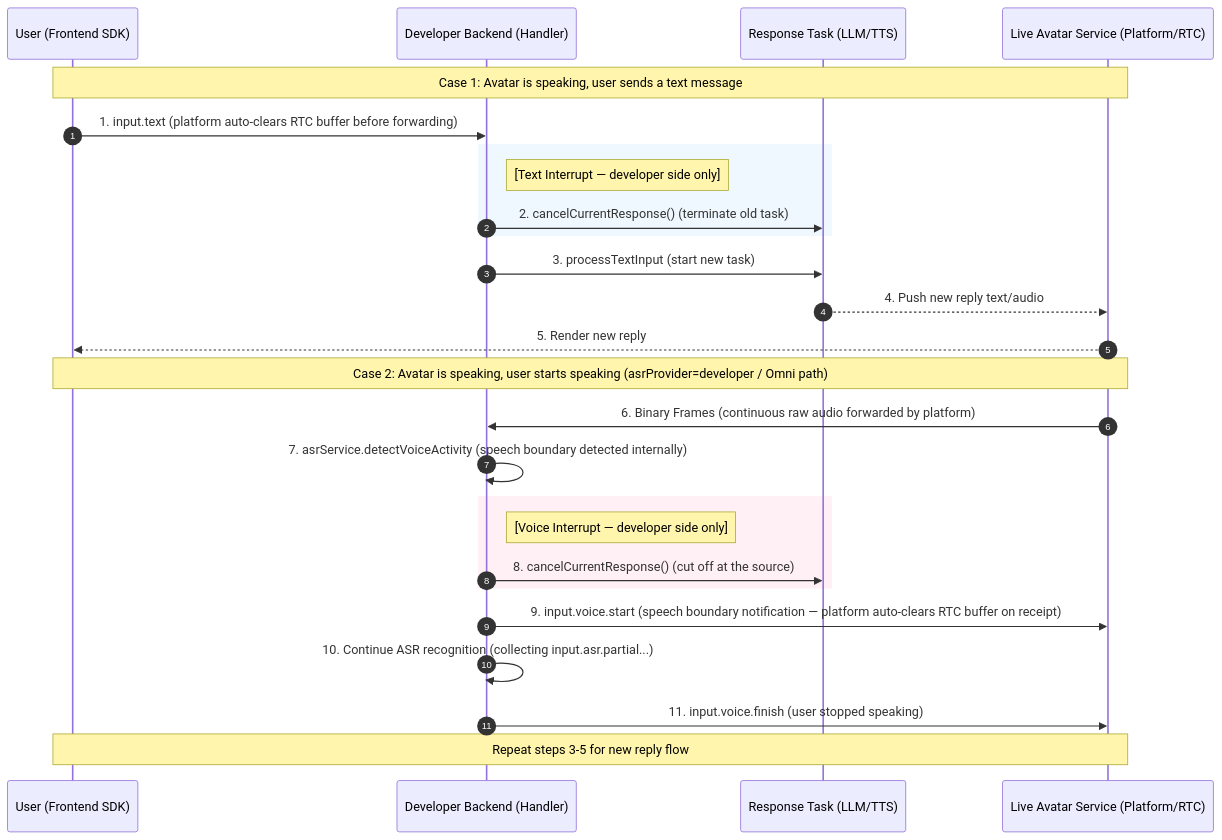
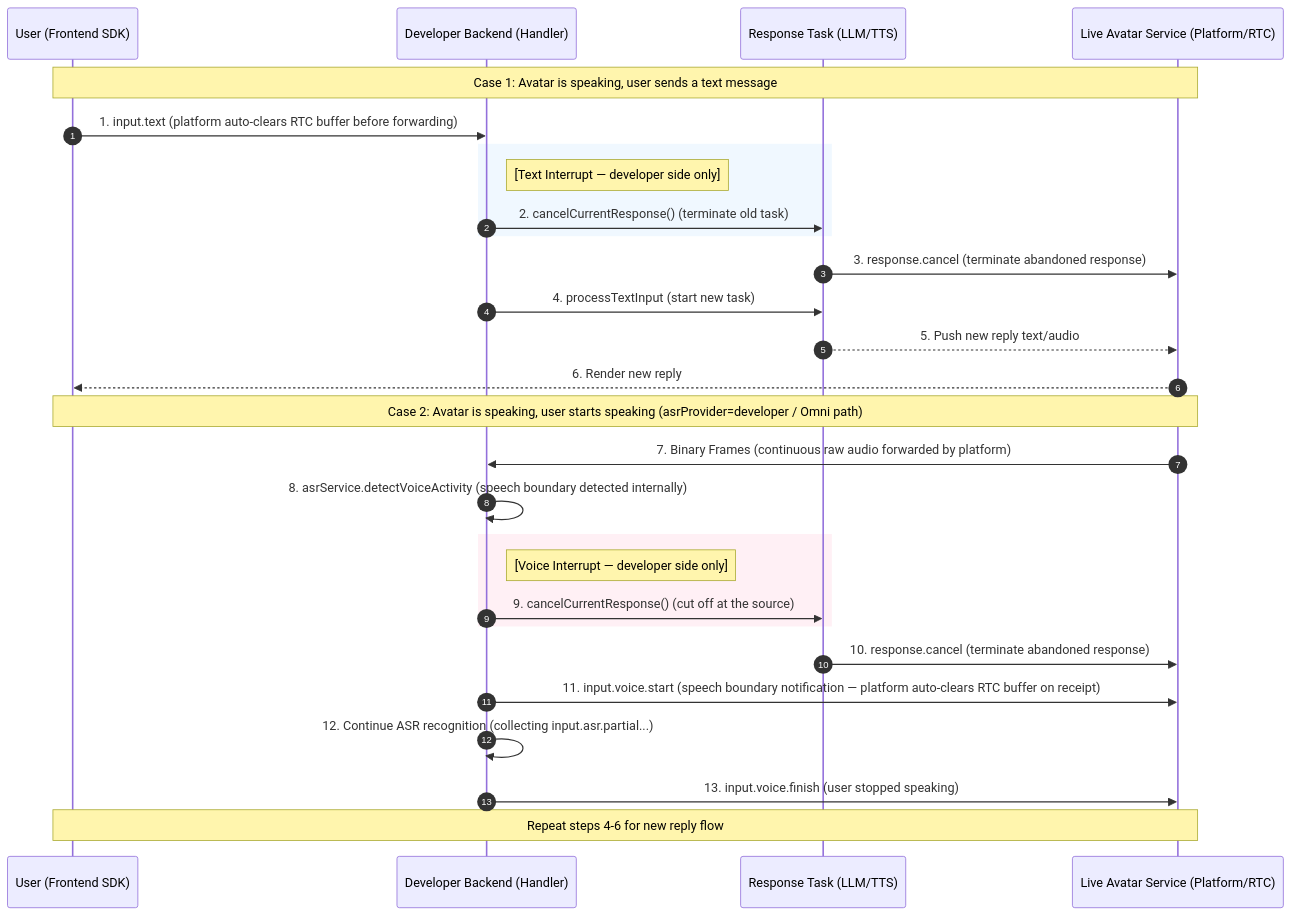
The second of 2 diagrams in PROTOCOL.md (newportAI-lab/liveavatar-channel-python), drawn with Mermaid before and after one commit. The commit also changed other lines of this file and 3 other files, not shown here.

````diff
--- a/PROTOCOL.md
+++ b/PROTOCOL.md
@@ -408,35 +408,37 @@
 ```mermaid
 sequenceDiagram
     autonumber
     participant User as User (Frontend SDK)
     participant AppServer as Developer Backend (Handler)
     participant Task as Response Task (LLM/TTS)
     participant Avatar as Live Avatar Service (Platform/RTC)
 
     Note over User, Avatar: Case 1: Avatar is speaking, user sends a text message
     User->>AppServer: 1. input.text (platform auto-clears RTC buffer before forwarding)
 
     rect rgb(240, 248, 255)
         Note right of AppServer: [Text Interrupt — developer side only]
         AppServer->>Task: 2. cancelCurrentResponse() (terminate old task)
     end
+    Task->>Avatar: 3. response.cancel (terminate abandoned response)
 
-    AppServer->>Task: 3. processTextInput (start new task)
-    Task-->>Avatar: 4. Push new reply text/audio
-    Avatar-->>User: 5. Render new reply
+    AppServer->>Task: 4. processTextInput (start new task)
+    Task-->>Avatar: 5. Push new reply text/audio
+    Avatar-->>User: 6. Render new reply
 
     Note over User, Avatar: Case 2: Avatar is speaking, user starts speaking (asrProvider=developer / Omni path)
-    Avatar->>AppServer: 6. Binary Frames (continuous raw audio forwarded by platform)
+    Avatar->>AppServer: 7. Binary Frames (continuous raw audio forwarded by platform)
 
-    AppServer->>AppServer: 7. asrService.detectVoiceActivity (speech boundary detected internally)
+    AppServer->>AppServer: 8. asrService.detectVoiceActivity (speech boundary detected internally)
 
     rect rgb(255, 240, 245)
         Note right of AppServer: [Voice Interrupt — developer side only]
-        AppServer->>Task: 8. cancelCurrentResponse() (cut off at the source)
+        AppServer->>Task: 9. cancelCurrentResponse() (cut off at the source)
     end
+    Task->>Avatar: 10. response.cancel (terminate abandoned response)
 
-    AppServer->>Avatar: 9. input.voice.start (speech boundary notification — platform auto-clears RTC buffer on receipt)
-    AppServer->>AppServer: 10. Continue ASR recognition (collecting input.asr.partial...)
-    AppServer->>Avatar: 11. input.voice.finish (user stopped speaking)
-    Note over User, Avatar: Repeat steps 3-5 for new reply flow
+    AppServer->>Avatar: 11. input.voice.start (speech boundary notification — platform auto-clears RTC buffer on receipt)
+    AppServer->>AppServer: 12. Continue ASR recognition (collecting input.asr.partial...)
+    AppServer->>Avatar: 13. input.voice.finish (user stopped speaking)
+    Note over User, Avatar: Repeat steps 4-6 for new reply flow
 ```
````
